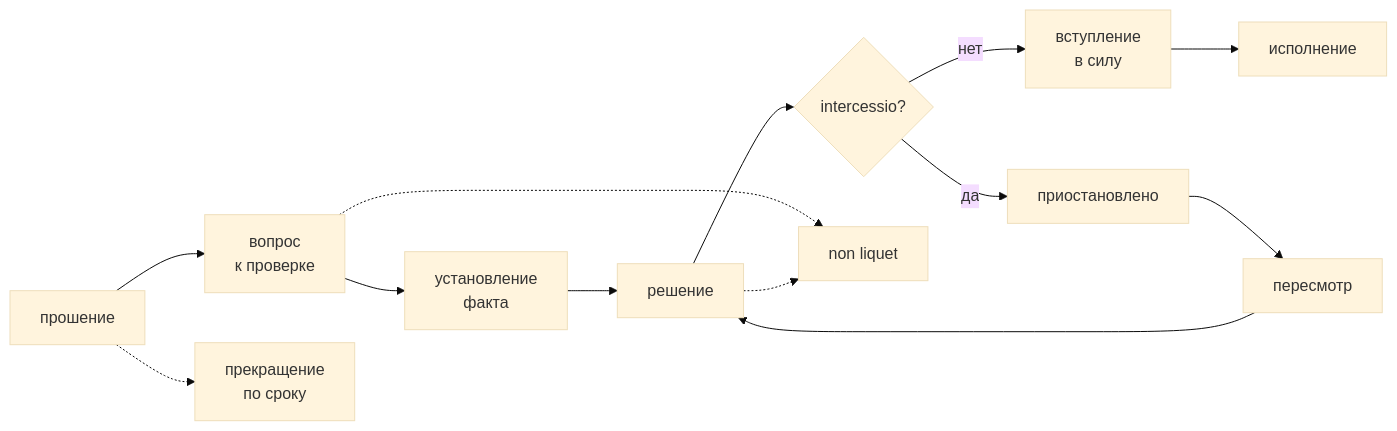
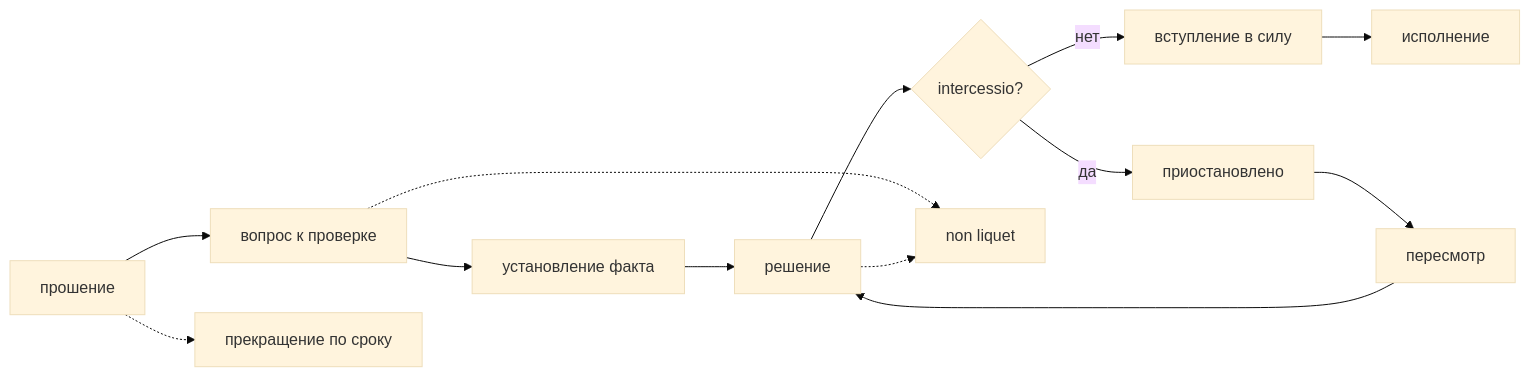
Before and after one commit to heaprip/intercessio: the second of 2 diagrams in docs/guide/02-the-world.md, drawn with Mermaid (base theme). The commit also changed other lines of this file and 10 other files, not shown here.

````diff
--- a/docs/guide/02-the-world.md
+++ b/docs/guide/02-the-world.md
@@ -48,15 +69,15 @@
 ```mermaid
 flowchart LR
-  A["прошение"] --> B["вопрос<br/>к проверке"]
-  B --> C["установление<br/>факта"]
-  C --> D["решение"]
-  D --> E{"intercessio?"}
-  E -- нет --> F["вступление<br/>в силу"]
-  E -- да --> G["приостановлено"]
-  G --> H["пересмотр"]
-  H --> D
-  F --> I["исполнение"]
-  B -.-> N["non liquet"]
-  D -.-> N
-  A -.-> T["прекращение<br/>по сроку"]
+  petition["прошение"] --> question["вопрос к проверке"]
+  question --> fact["установление факта"]
+  fact --> decision["решение"]
+  decision --> intercessio{"intercessio?"}
+  intercessio -->|нет| finalization["вступление в силу"]
+  intercessio -->|да| suspended["приостановлено"]
+  suspended --> review["пересмотр"]
+  review --> decision
+  finalization --> execution["исполнение"]
+  question -.-> non_liquet["non liquet"]
+  decision -.-> non_liquet
+  petition -.-> expiry["прекращение по сроку"]
 ```
````
